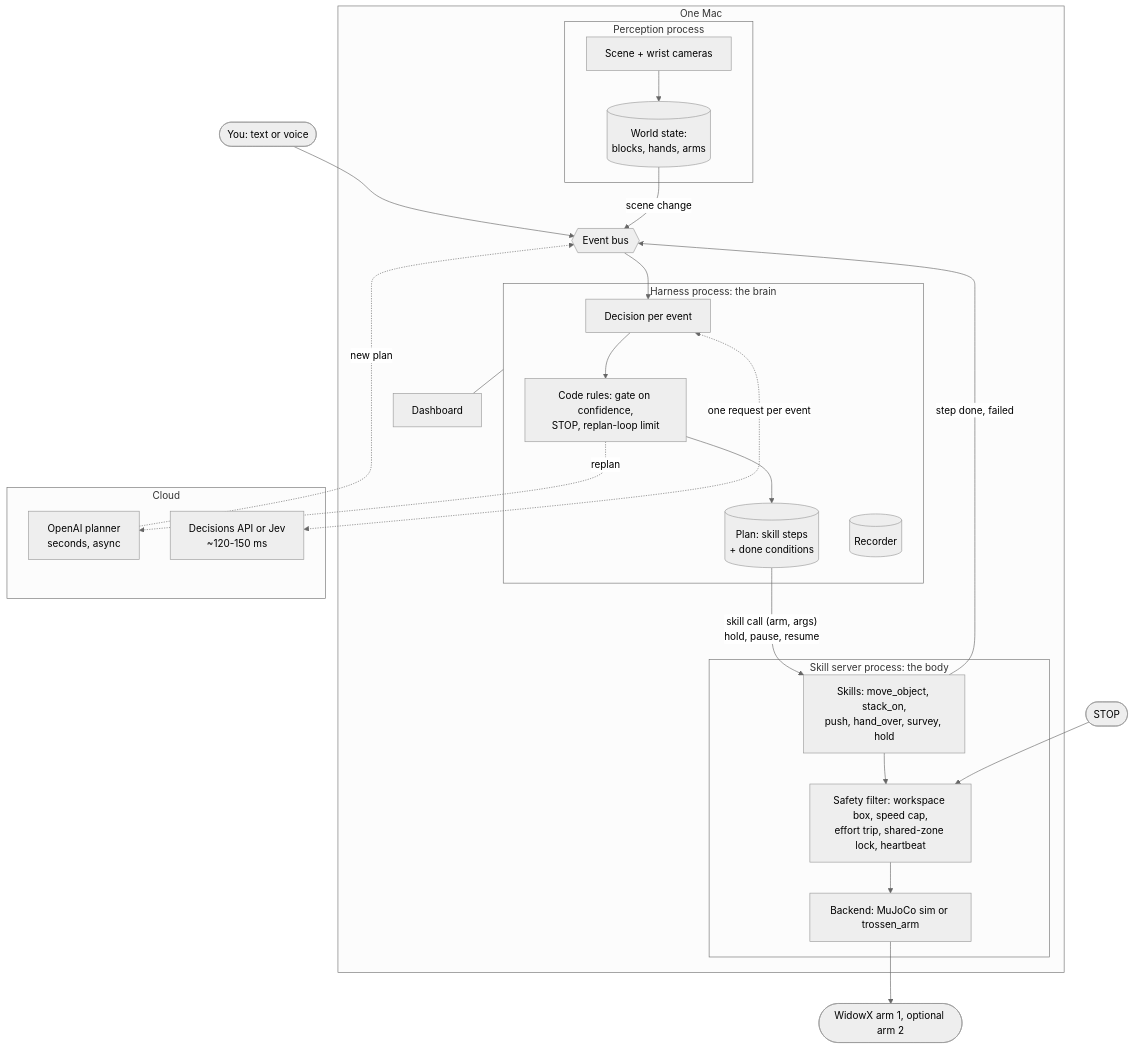
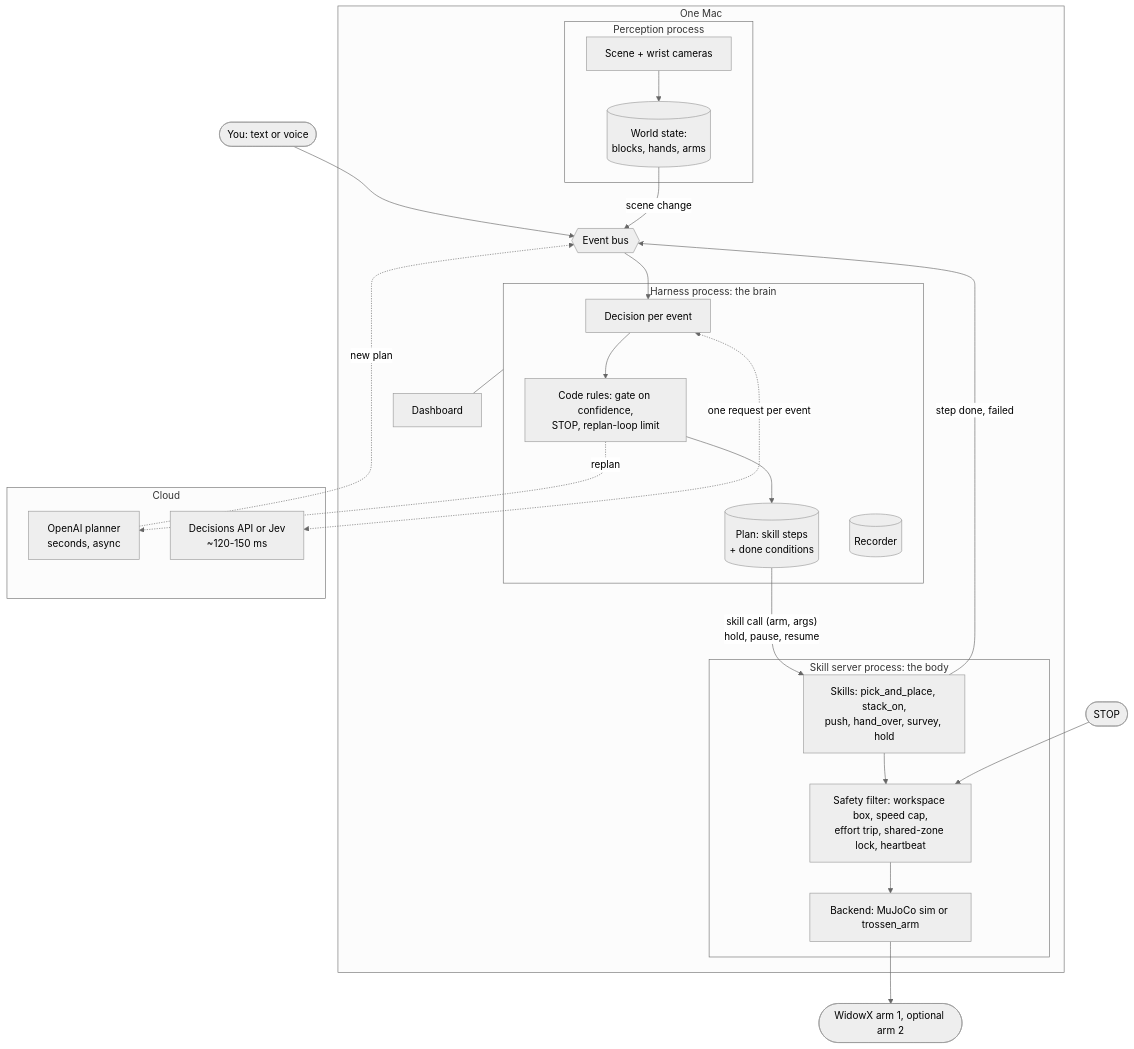
Before and after one commit to alee792/robojev: the diagram in docs/architecture.md, drawn with Mermaid (neutral theme). The commit also changed other lines of this file and 6 other files, not shown here.

First line of the commit message:
Rename move_object to pick_and_place, the standard term

````diff
--- a/docs/architecture.md
+++ b/docs/architecture.md
@@ -6,38 +6,38 @@
 ```mermaid
 flowchart TB
     user([You: text or voice]) --> bus
     subgraph mac [One Mac]
         subgraph perc [Perception process]
             cams[Scene + wrist cameras] --> ws[(World state:<br/>blocks, hands, arms)]
         end
         bus{{Event bus}}
         subgraph brain [Harness process: the brain]
             dec[Decision per event]
             plan[(Plan: skill steps<br/>+ done conditions)]
             rules[Code rules: gate on confidence,<br/>STOP, replan-loop limit]
             rec[(Recorder)]
         end
         subgraph motor [Skill server process: the body]
-            skills[Skills: move_object, stack_on,<br/>push, hand_over, survey, hold]
+            skills[Skills: pick_and_place, stack_on,<br/>push, hand_over, survey, hold]
             safety[Safety filter: workspace box, speed cap,<br/>effort trip, shared-zone lock, heartbeat]
             be[Backend: MuJoCo sim or trossen_arm]
         end
         dash[Dashboard]
     end
     subgraph cloud [Cloud]
         llm[OpenAI planner<br/>seconds, async]
         dapi[Decisions API or Jev<br/>~120-150 ms]
     end
     ws -- "scene change" --> bus
     bus --> dec
     dec <-. "one request per event" .-> dapi
     dec --> rules --> plan
     rules -. "replan" .-> llm
     llm -. "new plan" .-> bus
     plan -- "skill call (arm, args)<br/>hold, pause, resume" --> skills
     skills -- "step done, failed" --> bus
     skills --> safety --> be
     be --> arms([WidowX arm 1, optional arm 2])
     stop([STOP]) --> safety
     brain --- dash
 ```
````
